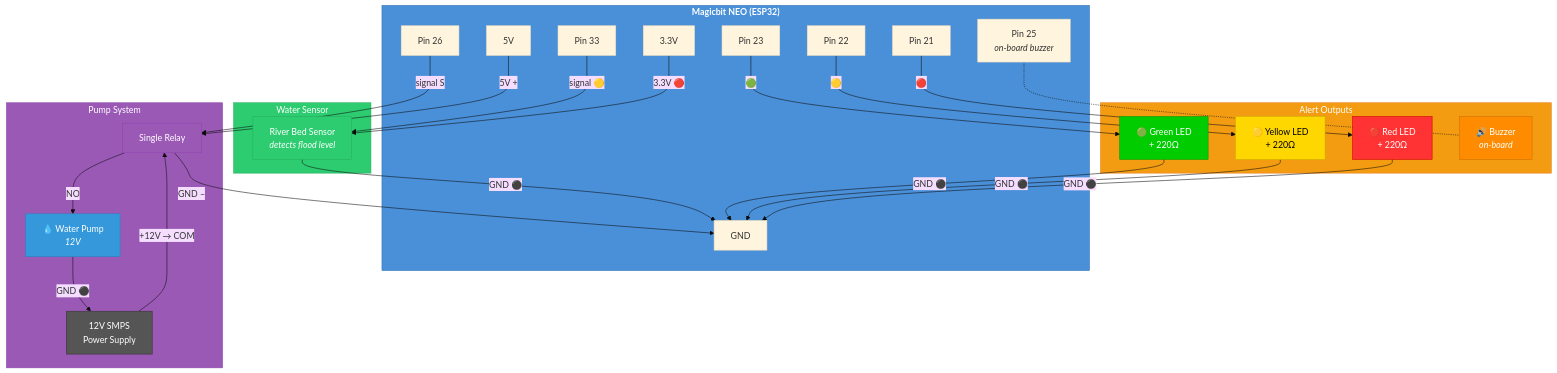
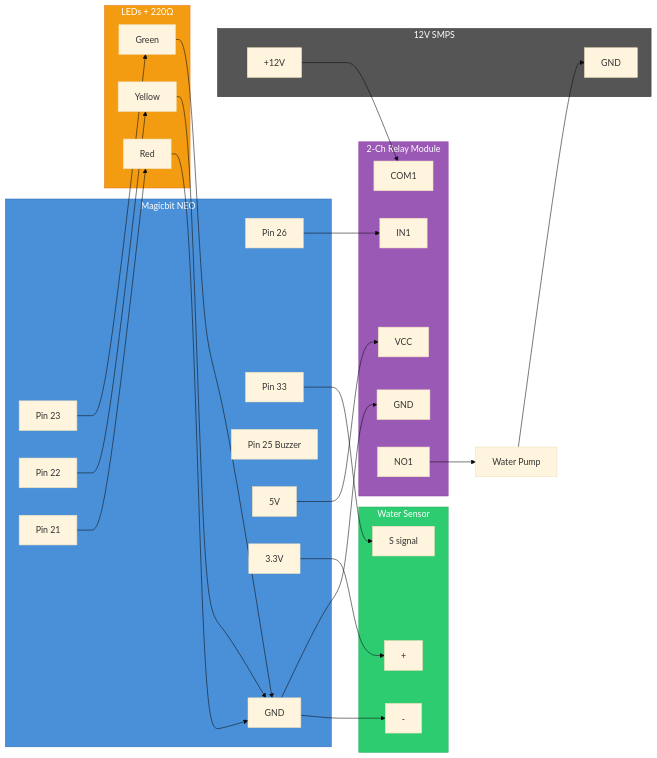
One commit to randika/smart-country-flood-alert changed the diagram in README.md. Above: the diagram before and after it, drawn with Mermaid (base theme). The commit also changed other lines of this file, not shown here.

Commit message:
Update README for 2-channel relay and add ASCII wiring diagram
- Add ASCII wiring reference alongside mermaid diagram
- Update relay info from single to 2-channel active-low
- Update alert thresholds to current values (500/1400/400)

````diff
--- a/README.md
+++ b/README.md
@@ -20,71 +20,62 @@
 ```mermaid
-graph TB
-    subgraph NEO["<b>Magicbit NEO (ESP32)</b>"]
-        P33["Pin 33"]
-        P26["Pin 26"]
-        P23["Pin 23"]
-        P22["Pin 22"]
-        P21["Pin 21"]
-        P25["Pin 25<br/><i>on-board buzzer</i>"]
-        V33["3.3V"]
-        V5["5V"]
-        GND["GND"]
+graph LR
+    subgraph NEO["Magicbit NEO"]
+        P26[Pin 26]
+        P33[Pin 33]
+        P23[Pin 23]
+        P22[Pin 22]
+        P21[Pin 21]
+        P25[Pin 25 Buzzer]
+        V5[5V]
+        V3[3.3V]
+        GND[GND]
+    end
+
+    subgraph RELAY["2-Ch Relay Module"]
+        IN1[IN1]
+        RVCC[VCC]
+        RGND[GND]
+        COM1[COM1]
+        NO1[NO1]
     end
 
     subgraph SENSOR["Water Sensor"]
-        RB["River Bed Sensor<br/><i>detects flood level</i>"]
+        SS[S signal]
+        SV[+]
+        SG[-]
     end
 
-    subgraph ALERTS["Alert Outputs"]
-        GLED["🟢 Green LED<br/>+ 220Ω"]
-        YLED["🟡 Yellow LED<br/>+ 220Ω"]
-        RLED["🔴 Red LED<br/>+ 220Ω"]
-        BUZ["🔊 Buzzer<br/><i>on-board</i>"]
+    subgraph LEDS["LEDs + 220Ω"]
+        GLED["Green"]
+        YLED["Yellow"]
+        RLED["Red"]
     end
 
-    subgraph PUMP_SYS["Pump System"]
-        RELAY["Single Relay"]
-        PUMP["💧 Water Pump<br/><i>12V</i>"]
-        SMPS["12V SMPS<br/>Power Supply"]
+    subgraph POWER["12V SMPS"]
+        SMPS12[+12V]
+        SMPSGND[GND]
     end
 
-    %% Sensor wiring
-    P33 -- "signal 🟡" --> RB
-    V33 -- "3.3V 🔴" --> RB
-    RB -- "GND ⚫" --> GND
+    PUMP[Water Pump]
 
-    %% LED wiring
-    P23 -- "🟢" --> GLED
-    P22 -- "🟡" --> YLED
-    P21 -- "🔴" --> RLED
-    GLED -- "GND ⚫" --> GND
-    YLED -- "GND ⚫" --> GND
-    RLED -- "GND ⚫" --> GND
+    P26 --> IN1
+    V5 --> RVCC
+    GND --> RGND
+    SMPS12 --> COM1
+    NO1 --> PUMP
+    PUMP --> SMPSGND
 
-    %% Buzzer
-    P25 -.- BUZ
+    P33 --> SS
+    V3 --> SV
+    GND --> SG
 
-    %% Relay control
-    P26 -- "signal S" --> RELAY
-    V5 -- "5V +" --> RELAY
-    RELAY -- "GND –" --> GND
+    P23 --> GLED --> GND
+    P22 --> YLED --> GND
+    P21 --> RLED --> GND
 
-    %% Relay to pump (12V circuit)
-    SMPS -- "+12V → COM" --> RELAY
-    RELAY -- "NO" --> PUMP
-    PUMP -- "GND ⚫" --> SMPS
-
-    %% Styling
     style NEO fill:#4A90D9,stroke:#2C6FB5,color:#fff
+    style RELAY fill:#9B59B6,stroke:#8E44AD,color:#fff
     style SENSOR fill:#2ECC71,stroke:#27AE60,color:#fff
-    style ALERTS fill:#F39C12,stroke:#E67E22,color:#fff
-    style PUMP_SYS fill:#9B59B6,stroke:#8E44AD,color:#fff
-    style RB fill:#2ECC71,stroke:#27AE60,color:#fff
-    style GLED fill:#00CC00,stroke:#009900,color:#fff
-    style YLED fill:#FFD700,stroke:#CCB300,color:#000
-    style RLED fill:#FF3333,stroke:#CC0000,color:#fff
-    style BUZ fill:#FF8C00,stroke:#CC7000,color:#fff
-    style RELAY fill:#9B59B6,stroke:#8E44AD,color:#fff
-    style PUMP fill:#3498DB,stroke:#2980B9,color:#fff
-    style SMPS fill:#555555,stroke:#333333,color:#fff
+    style LEDS fill:#F39C12,stroke:#E67E22,color:#fff
+    style POWER fill:#555555,stroke:#333333,color:#fff
 ```
````
